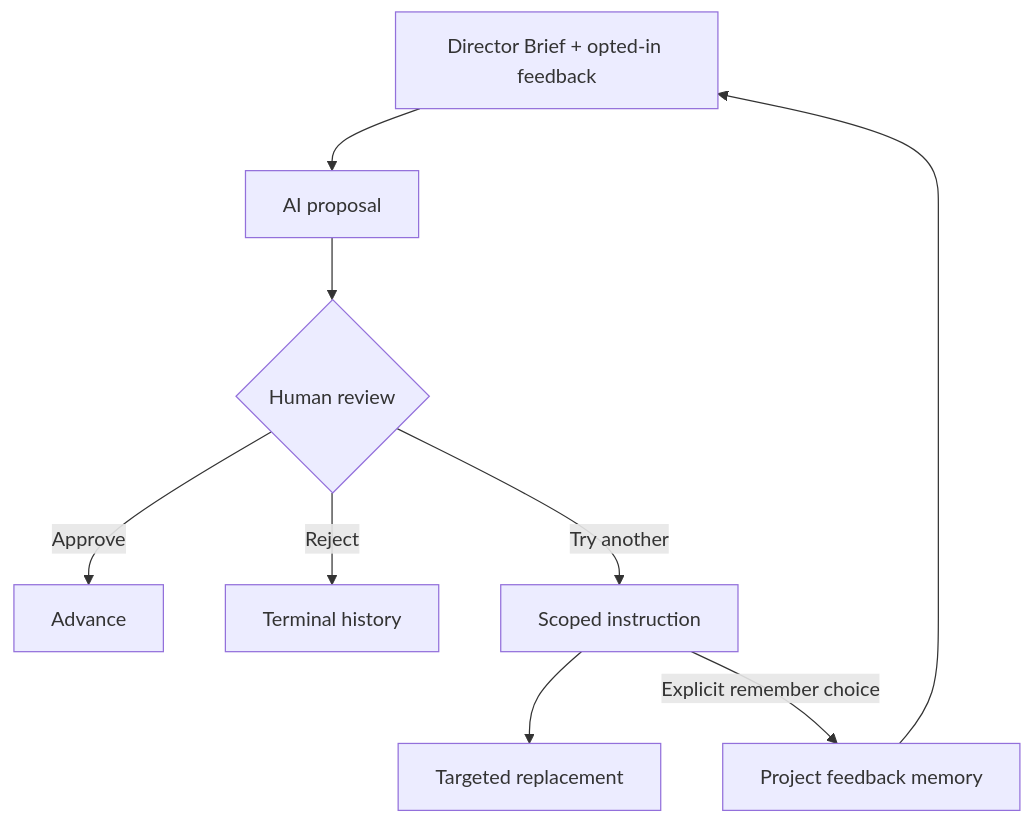
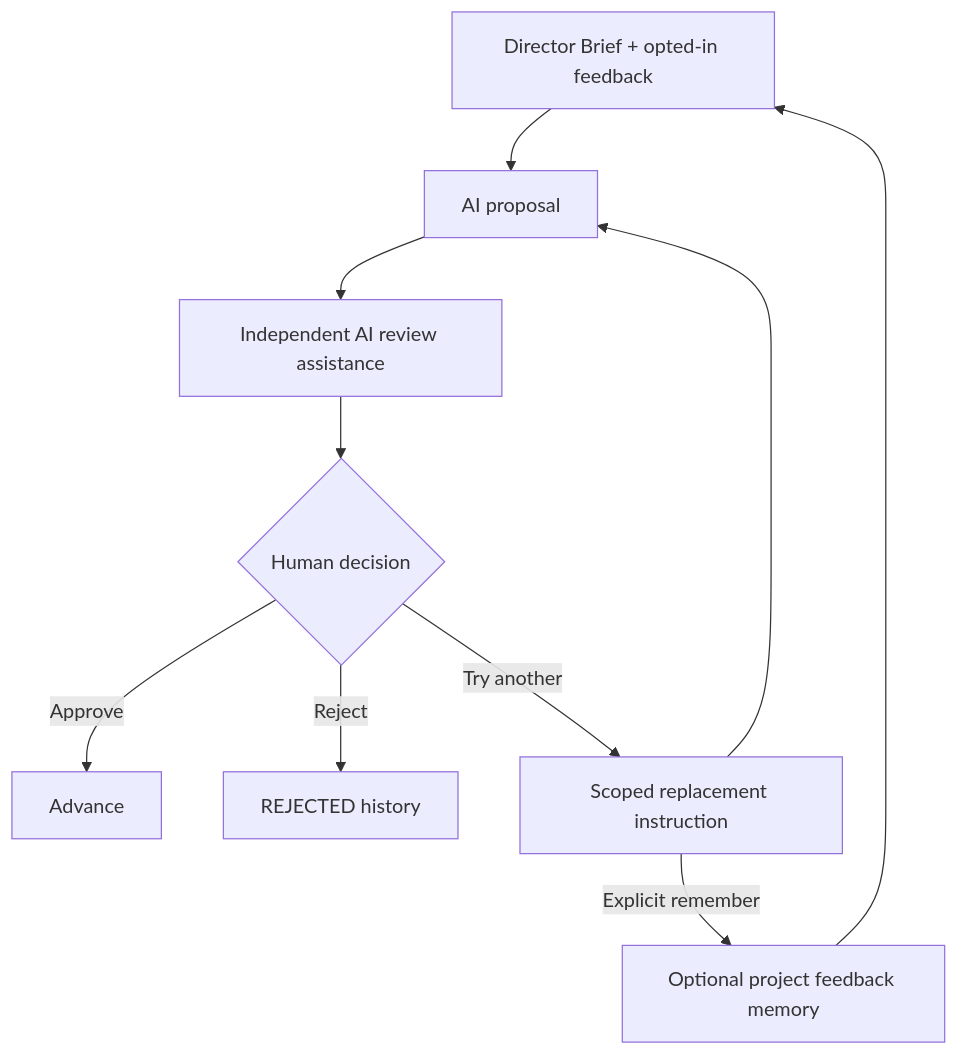
The second of 2 diagrams in docs/hackathon/all-things-agentic/ARCHITECTURE.md (amin076/tital), drawn with Mermaid before and after one commit. The commit also changed other lines of this file, not shown here.

Commit message:
docs: update hackathon architecture for evidence budgeting and revisions

````diff
--- a/docs/hackathon/all-things-agentic/ARCHITECTURE.md
+++ b/docs/hackathon/all-things-agentic/ARCHITECTURE.md
@@ -113,11 +159,17 @@
 ```mermaid
 flowchart TB
-    B[Director Brief + opted-in feedback] --> P[AI proposal]
-    P --> H{Human review}
-    H -->|Approve| A[Advance]
-    H -->|Reject| R[Terminal history]
-    H -->|Try another| S[Scoped instruction]
-    S --> T[Targeted replacement]
-    S -->|Explicit remember choice| M[Project feedback memory]
-    M --> B
+    B[Director Brief + opted-in feedback]
+    P[AI proposal]
+    E[Independent AI review assistance]
+    H{Human decision}
+    A[Advance]
+    R[REJECTED history]
+    S[Scoped replacement instruction]
+    M[Optional project feedback memory]
+
+    B --> P --> E --> H
+    H -->|Approve| A
+    H -->|Reject| R
+    H -->|Try another| S --> P
+    S -->|Explicit remember| M --> B
 ```
````
